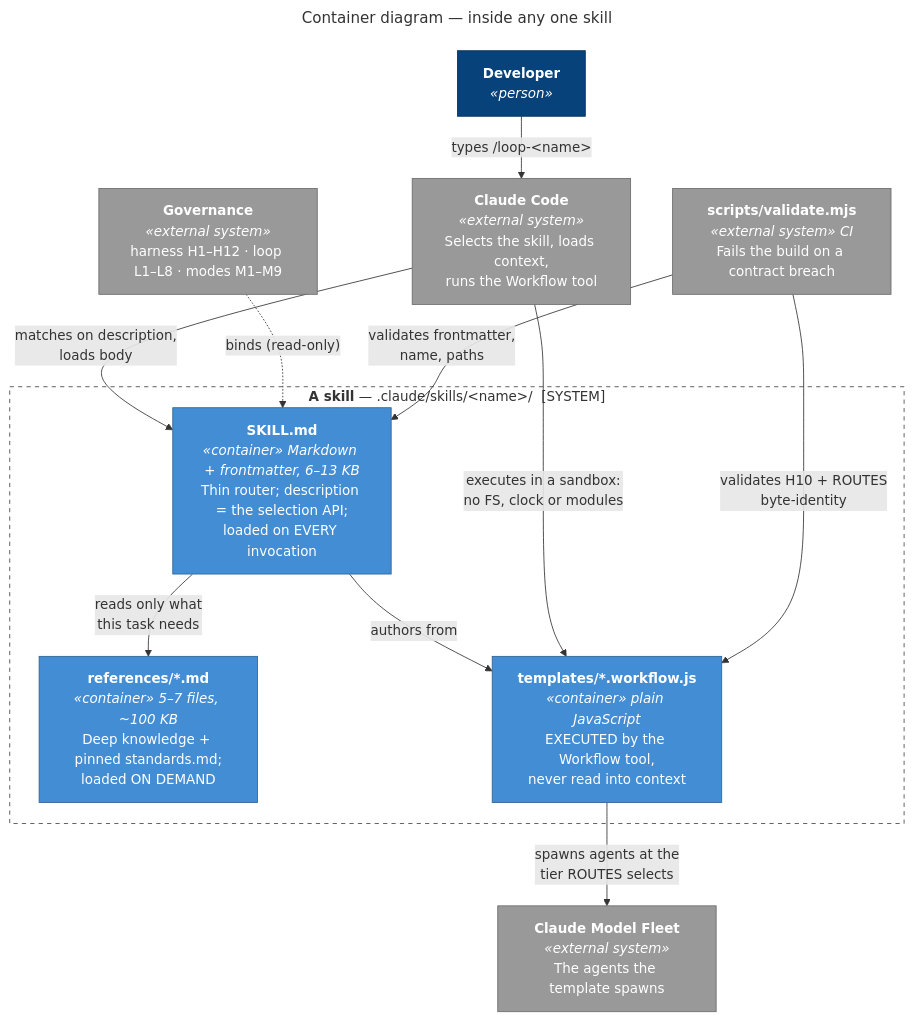
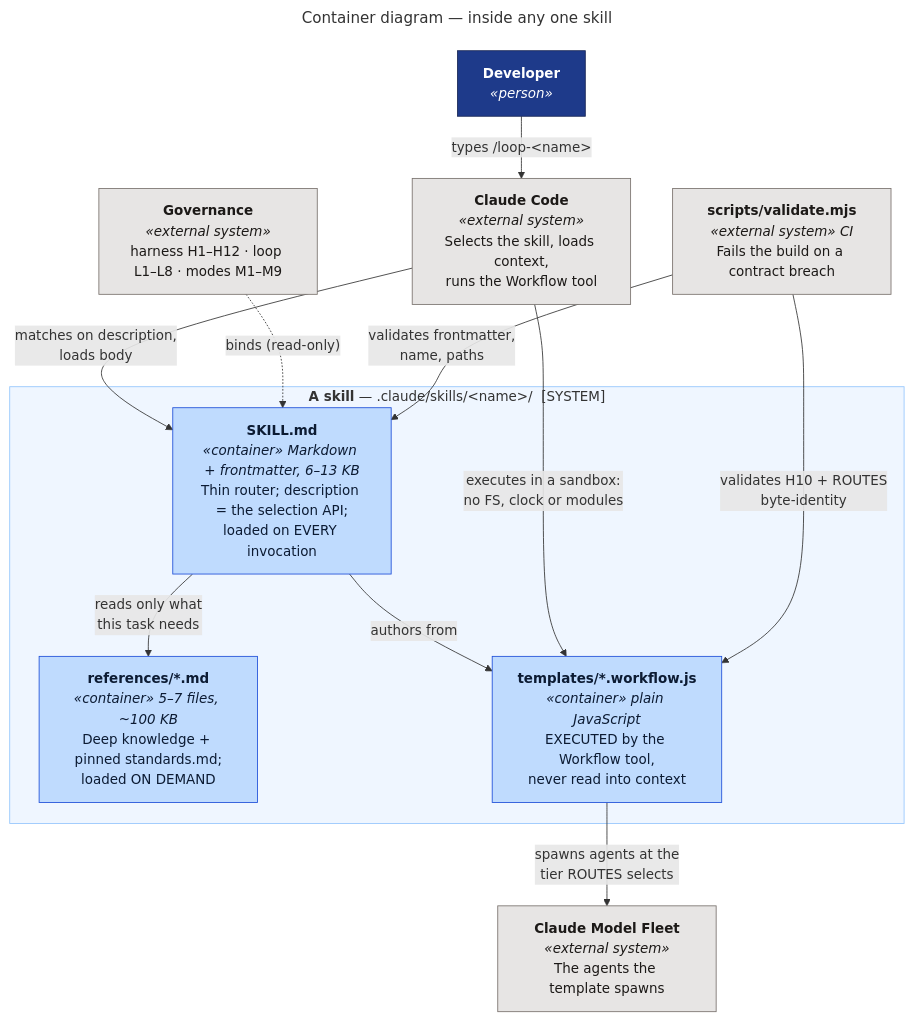
One commit to santapong/Proof changed the diagram in docs/c4/diagrams/src/skill-container-view.mmd. Above: the diagram before and after it, drawn with Mermaid. The commit also changed 35 other files, not shown here.

First line of the commit message:
Diagrams: apply the family palette to all 18 sources

```diff
--- a/docs/c4/diagrams/src/skill-container-view.mmd
+++ b/docs/c4/diagrams/src/skill-container-view.mmd
@@ -1,34 +1,34 @@
 ---
 title: "Container diagram — inside any one skill"
 ---
 flowchart TB
     dev["<b>Developer</b><br/><i>«person»</i>"]
     host["<b>Claude Code</b><br/><i>«external system»</i><br/>Selects the skill, loads context,<br/>runs the Workflow tool"]
 
     subgraph skill["<b>A skill</b> — .claude/skills/&lt;name&gt;/ &nbsp;[SYSTEM]"]
         router["<b>SKILL.md</b><br/><i>«container» Markdown + frontmatter, 6–13 KB</i><br/>Thin router; description = the selection API;<br/>loaded on EVERY invocation"]
         refs["<b>references/*.md</b><br/><i>«container» 5–7 files, ~100 KB</i><br/>Deep knowledge + pinned standards.md;<br/>loaded ON DEMAND"]
         tmpl["<b>templates/*.workflow.js</b><br/><i>«container» plain JavaScript</i><br/>EXECUTED by the Workflow tool,<br/>never read into context"]
     end
 
     law["<b>Governance</b><br/><i>«external system»</i><br/>harness H1–H12 · loop L1–L8 · modes M1–M9"]
     gate["<b>scripts/validate.mjs</b><br/><i>«external system» CI</i><br/>Fails the build on a contract breach"]
     fleet["<b>Claude Model Fleet</b><br/><i>«external system»</i><br/>The agents the template spawns"]
 
     dev -- "types /loop-&lt;name&gt;" --> host
     host -- "matches on description,<br/>loads body" --> router
     router -- "reads only what<br/>this task needs" --> refs
     router -- "authors from" --> tmpl
     law -. "binds (read-only)" .-> router
     host -- "executes in a sandbox:<br/>no FS, clock or modules" --> tmpl
     tmpl -- "spawns agents at the<br/>tier ROUTES selects" --> fleet
     gate -- "validates frontmatter,<br/>name, paths" --> router
     gate -- "validates H10 + ROUTES<br/>byte-identity" --> tmpl
 
-    classDef person fill:#08427B,stroke:#052E56,color:#fff
-    classDef container fill:#438DD5,stroke:#2E6295,color:#fff
-    classDef ext fill:#999999,stroke:#6B6B6B,color:#fff
+    classDef person fill:#1E3A8A,stroke:#172554,color:#fff
+    classDef container fill:#BFDBFE,stroke:#1D4ED8,color:#0C1B33
+    classDef ext fill:#E7E5E4,stroke:#78716C,color:#1C1917
     class dev person
     class router,refs,tmpl container
     class host,law,gate,fleet ext
-    style skill fill:none,stroke:#444444,stroke-dasharray:5 5
+    style skill fill:#EFF6FF,stroke:#93C5FD
```
